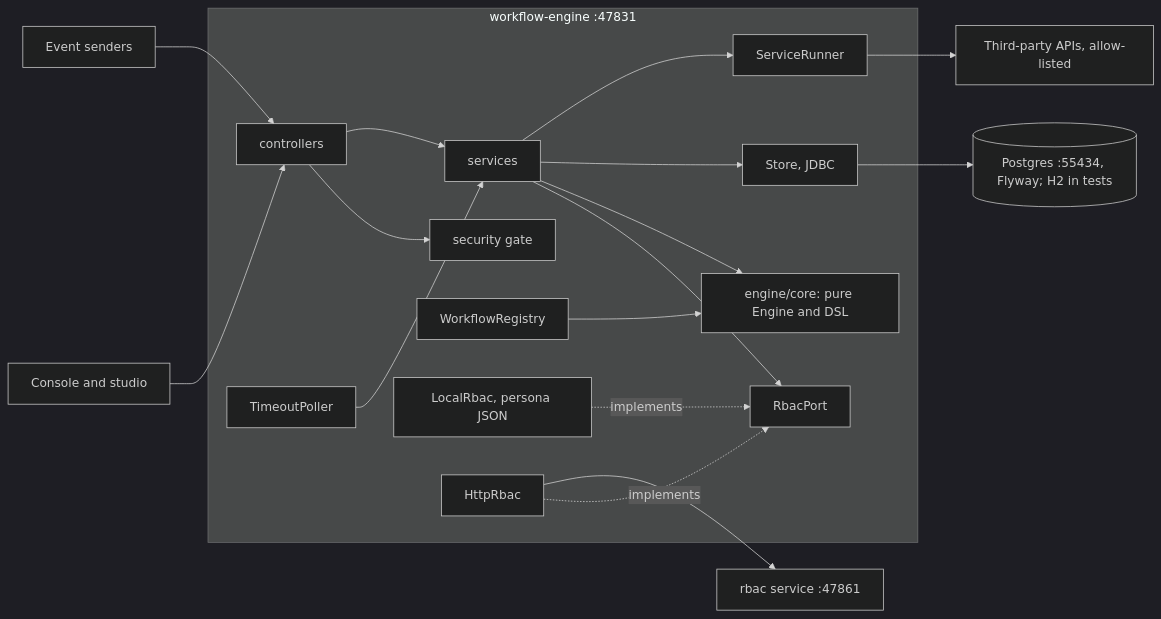
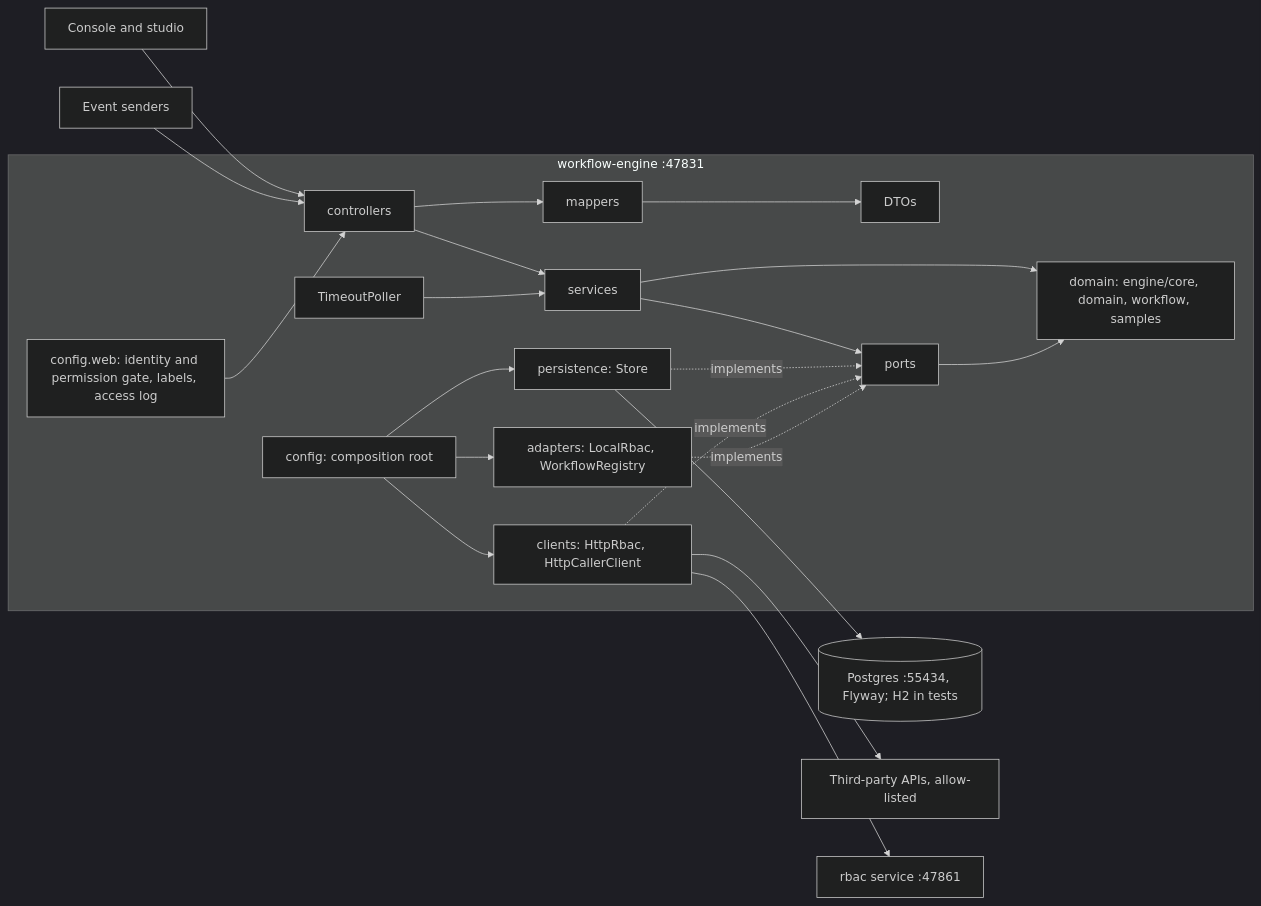
One commit to Garrett-James-Cassar/workflow-engine changed the diagram in ARCHITECTURE.md. Above: the diagram before and after it, drawn with Mermaid (dark theme). The commit also changed other lines of this file and 109 other files, not shown here.

First line of the commit message:
arch: role packages, ports, services; ArchUnit, detekt and jscpd enforced in check

````diff
--- a/ARCHITECTURE.md
+++ b/ARCHITECTURE.md
@@ -9,20 +9,24 @@
 ```mermaid
 flowchart LR
   console[Console and studio] --> controllers
   partner[Event senders] --> controllers
   subgraph app[workflow-engine :47831]
-    controllers --> security[security gate]
+    web[config.web: identity and permission gate, labels, access log] --> controllers
+    controllers --> mappers
+    mappers --> dtos[DTOs]
     controllers --> services
-    services --> rbacport[RbacPort]
-    services --> core[engine/core: pure Engine and DSL]
-    services --> store[Store, JDBC]
-    services --> runner[ServiceRunner]
+    services --> ports
+    services --> domain[domain: engine/core, domain, workflow, samples]
+    ports --> domain
+    repositories[persistence: Store] -. implements .-> ports
+    clients[clients: HttpRbac, HttpCallerClient] -. implements .-> ports
+    adapters[adapters: LocalRbac, WorkflowRegistry] -. implements .-> ports
+    config[config: composition root] --> repositories
+    config --> clients
+    config --> adapters
     poller[TimeoutPoller] --> services
-    registry[WorkflowRegistry] --> core
-    localrbac[LocalRbac, persona JSON] -. implements .-> rbacport
-    httprbac[HttpRbac] -. implements .-> rbacport
   end
-  store --> db[(Postgres :55434, Flyway; H2 in tests)]
-  runner --> ext[Third-party APIs, allow-listed]
-  httprbac --> rbac[rbac service :47861]
+  repositories --> db[(Postgres :55434, Flyway; H2 in tests)]
+  clients --> ext[Third-party APIs, allow-listed]
+  clients --> rbac[rbac service :47861]
 ```
````
